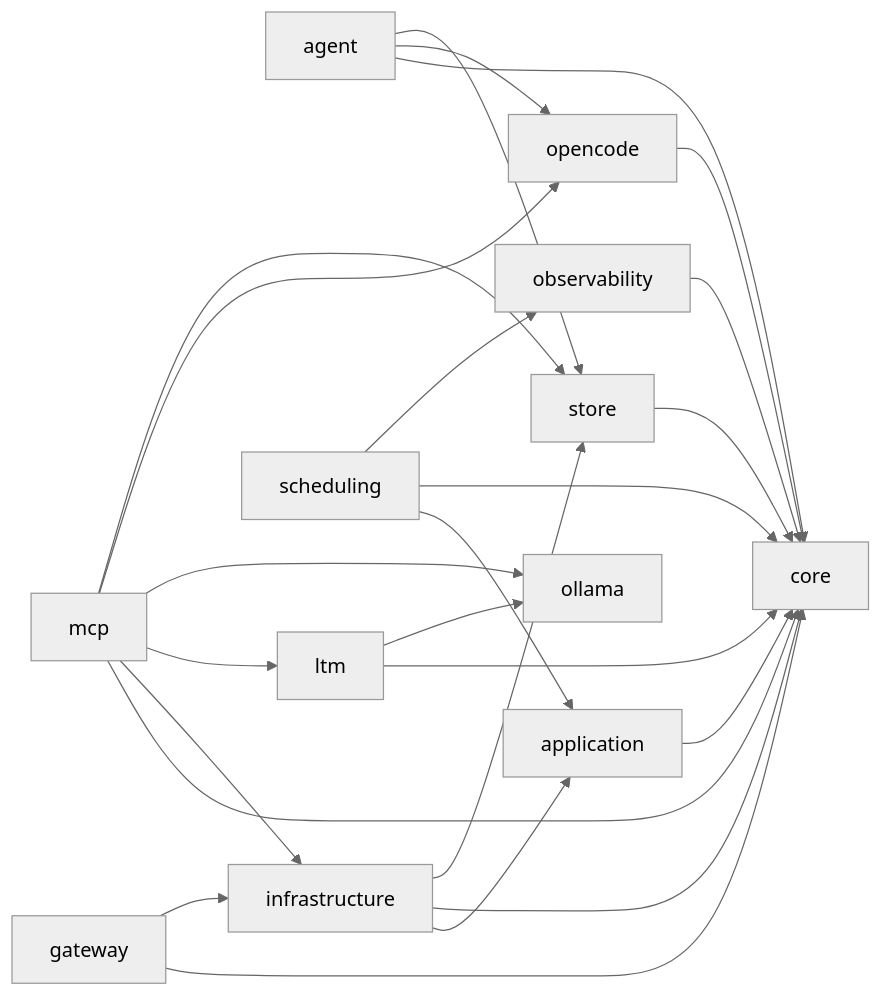
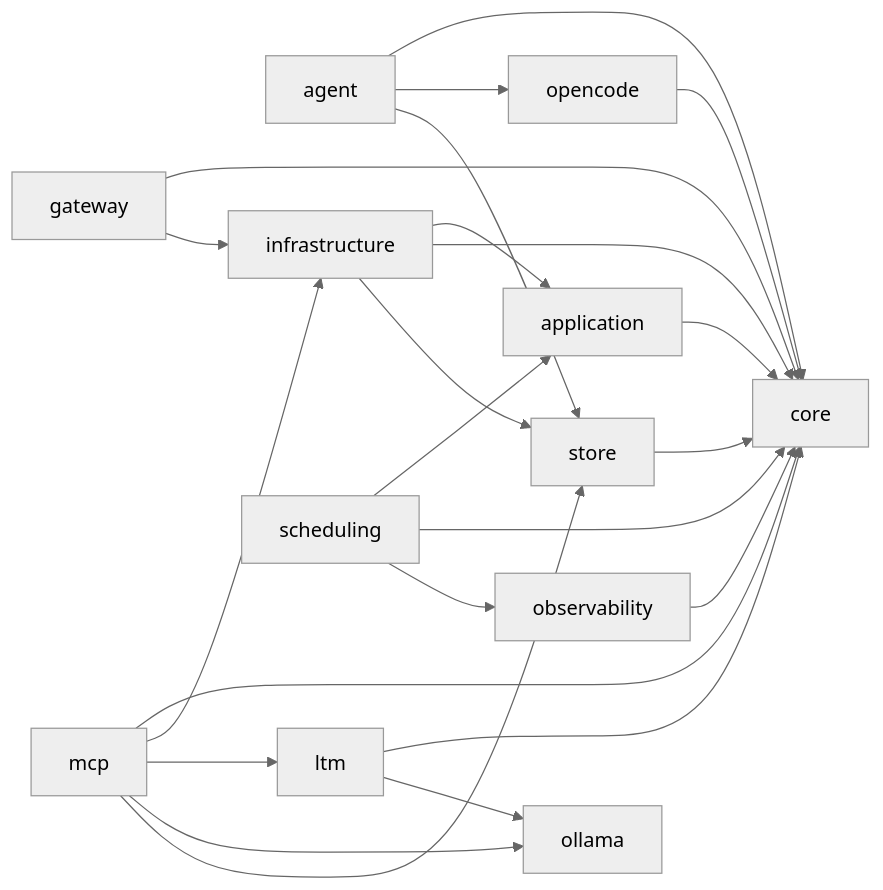
Before and after one commit to OJII3/vicissitude: the diagram in docs/DEPS.md, drawn with Mermaid (neutral theme). The commit also changed other lines of this file and 9 other files, not shown here.

First line of the commit message:
refactor: mcp/ から opencode/ への依存を除去 (#161)

````diff
--- a/docs/DEPS.md
+++ b/docs/DEPS.md
@@ -7,28 +7,27 @@
 ```mermaid
 graph LR
   agent --> core
   agent --> opencode
   agent --> store
   application --> core
   core
   gateway --> core
   gateway --> infrastructure
   infrastructure --> application
   infrastructure --> core
   infrastructure --> store
   ltm --> core
   ltm --> ollama
   mcp --> core
   mcp --> infrastructure
   mcp --> ltm
   mcp --> ollama
-  mcp --> opencode
   mcp --> store
   observability --> core
   ollama
   opencode --> core
   scheduling --> application
   scheduling --> core
   scheduling --> observability
   store --> core
 ```
````
